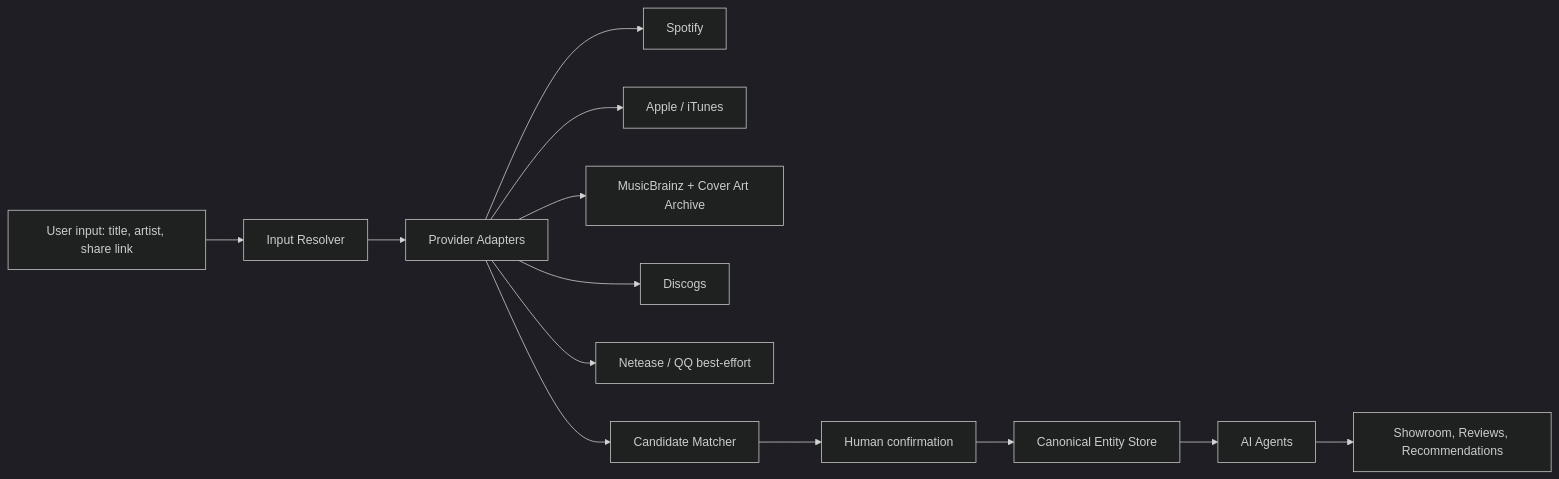
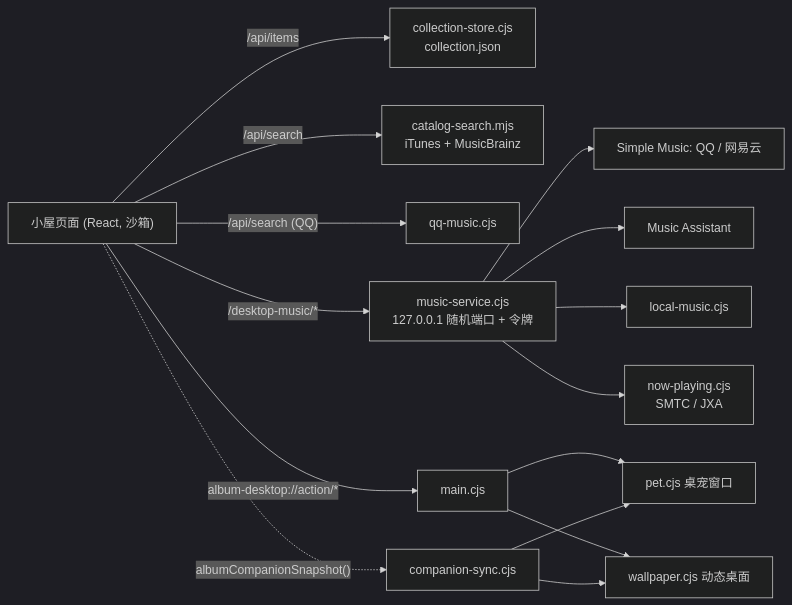
One commit to ooooooomygosh/album-web changed the diagram in docs/architecture.md. Above: the diagram before and after it, drawn with Mermaid (dark theme). The commit also changed other lines of this file and 152 other files, not shown here.

````diff
--- a/docs/architecture.md
+++ b/docs/architecture.md
@@ -18,15 +7,15 @@
 ```mermaid
 flowchart LR
-  User["User input: title, artist, share link"] --> Resolver["Input Resolver"]
-  Resolver --> Adapters["Provider Adapters"]
-  Adapters --> Spotify["Spotify"]
-  Adapters --> Apple["Apple / iTunes"]
-  Adapters --> MB["MusicBrainz + Cover Art Archive"]
-  Adapters --> Discogs["Discogs"]
-  Adapters --> CN["Netease / QQ best-effort"]
-  Adapters --> Matcher["Candidate Matcher"]
-  Matcher --> Human["Human confirmation"]
-  Human --> Store["Canonical Entity Store"]
-  Store --> AI["AI Agents"]
-  AI --> UI["Showroom, Reviews, Recommendations"]
+  Page["小屋页面 (React, 沙箱)"] -- "/api/items" --> Store["collection-store.cjs<br/>collection.json"]
+  Page -- "/api/search" --> Catalog["catalog-search.mjs<br/>iTunes + MusicBrainz"]
+  Page -- "/api/search (QQ)" --> QQ["qq-music.cjs"]
+  Page -- "/desktop-music/*" --> Music["music-service.cjs<br/>127.0.0.1 随机端口 + 令牌"]
+  Music --> SM["Simple Music: QQ / 网易云"]
+  Music --> MA["Music Assistant"]
+  Music --> Local["local-music.cjs"]
+  Music --> NP["now-playing.cjs<br/>SMTC / JXA"]
+  Page -- "album-desktop://action/*" --> Main["main.cjs"]
+  Main --> Pet["pet.cjs 桌宠窗口"]
+  Main --> Wall["wallpaper.cjs 动态桌面"]
+  Page -. "albumCompanionSnapshot()" .-> Sync["companion-sync.cjs"] --> Pet & Wall
 ```
````
